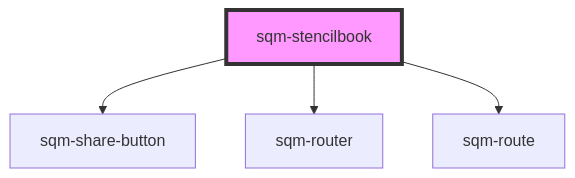
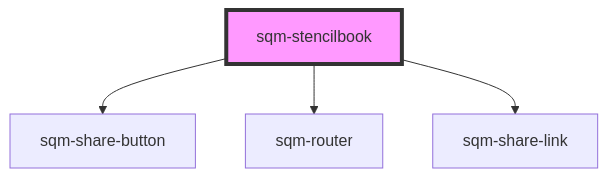
Before and after one commit to saasquatch/program-tools: the diagram in packages/mint-components/src/components/sqm-stencilbook/readme.md, drawn with Mermaid. The commit also changed other lines of this file and 4 other files, not shown here.

````diff
--- a/packages/mint-components/src/components/sqm-stencilbook/readme.md
+++ b/packages/mint-components/src/components/sqm-stencilbook/readme.md
@@ -17,7 +17,7 @@
 ```mermaid
 graph TD;
   sqm-stencilbook --> sqm-share-button
   sqm-stencilbook --> sqm-router
-  sqm-stencilbook --> sqm-route
+  sqm-stencilbook --> sqm-share-link
   style sqm-stencilbook fill:#f9f,stroke:#333,stroke-width:4px
 ```
````
